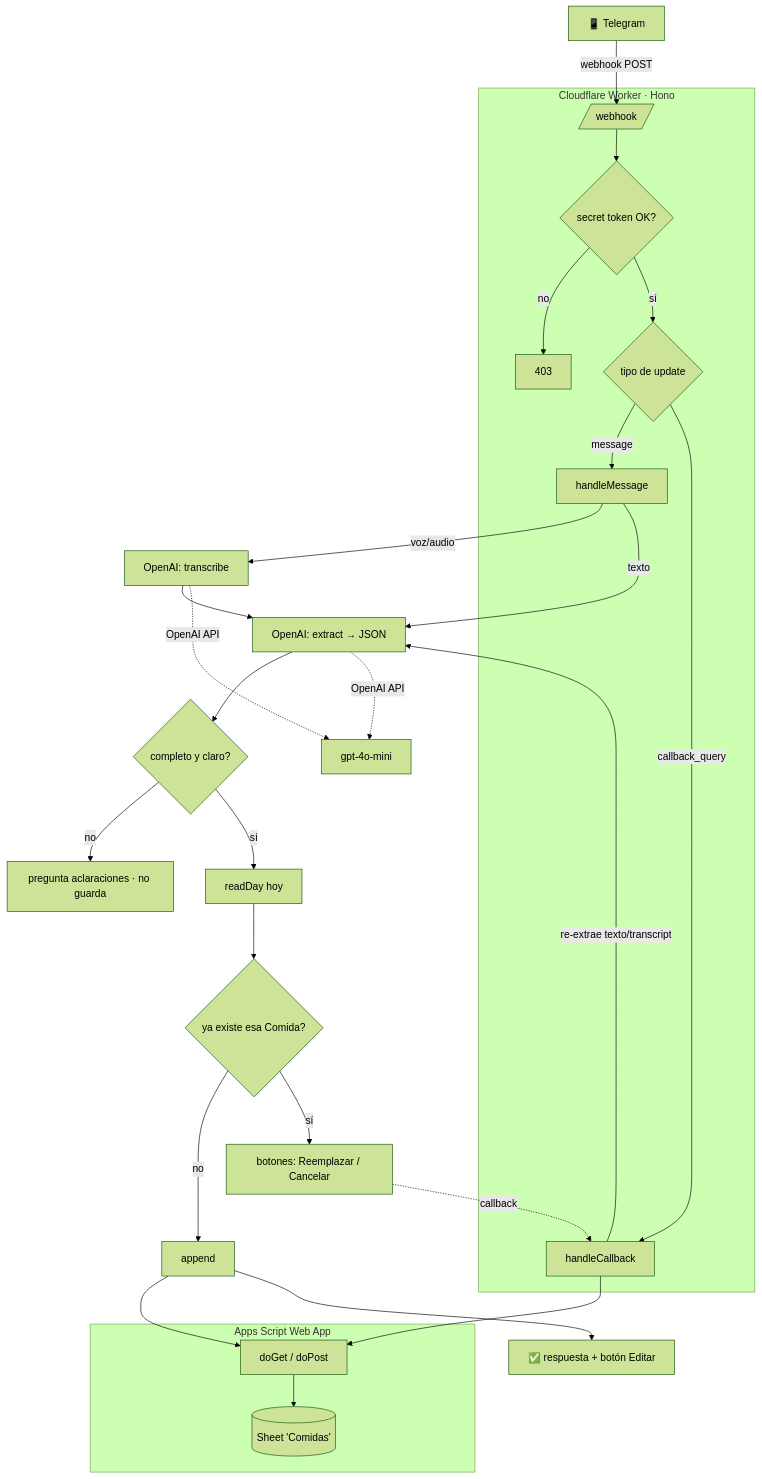
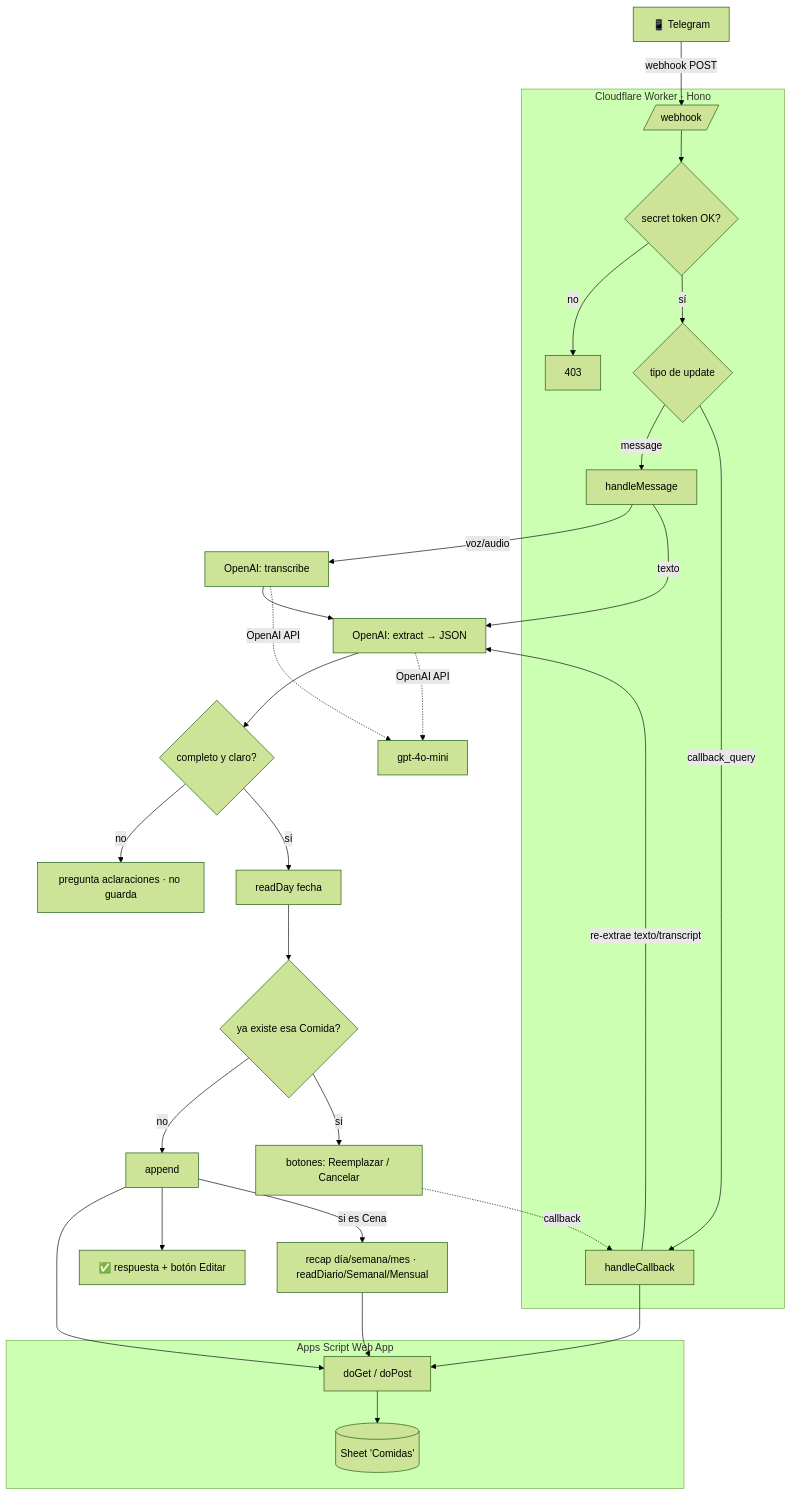
Before and after one commit to mnPanic/meal-tracker: the diagram in README.md, drawn with Mermaid (forest theme).

Commit message:
README: diagrama refleja readDay por fecha y los recaps de Cena

````diff
--- a/README.md
+++ b/README.md
@@ -10,35 +10,37 @@
 ```mermaid
 flowchart TD
     U[📱 Telegram] -->|webhook POST| W
 
     subgraph CF[Cloudflare Worker · Hono]
       W[/webhook/] --> AUTH{secret token OK?}
       AUTH -->|no| F[403]
       AUTH -->|sí| K{tipo de update}
       K -->|message| M[handleMessage]
       K -->|callback_query| CB[handleCallback]
     end
 
     M -->|voz/audio| TR[OpenAI: transcribe]
     M -->|texto| EX
     TR --> EX[OpenAI: extract → JSON]
     CB -->|re-extrae texto/transcript| EX
     EX --> OK{completo y claro?}
     OK -->|no| ASK[pregunta aclaraciones · no guarda]
-    OK -->|sí| RB[readDay hoy]
+    OK -->|sí| RB[readDay fecha]
     RB --> COL{ya existe esa Comida?}
     COL -->|no| AP[append]
     COL -->|sí| BTN[botones: Reemplazar / Cancelar]
     BTN -.callback.-> CB
 
     AP --> GS
     CB --> GS
 
     subgraph G[Apps Script Web App]
       GS[doGet / doPost] --> SH[(Sheet 'Comidas')]
     end
 
     AP --> R[✅ respuesta + botón Editar]
+    AP -->|si es Cena| REC[recap día/semana/mes · readDiario/Semanal/Mensual]
+    REC --> GS
     EX -. OpenAI API .-> OAI[gpt-4o-mini]
     TR -. OpenAI API .-> OAI
 ```
````
